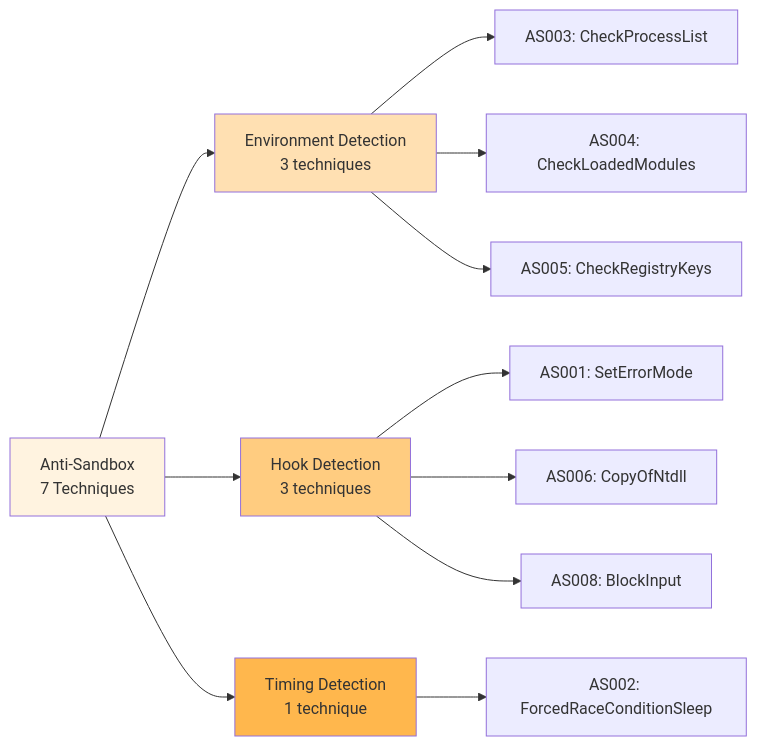
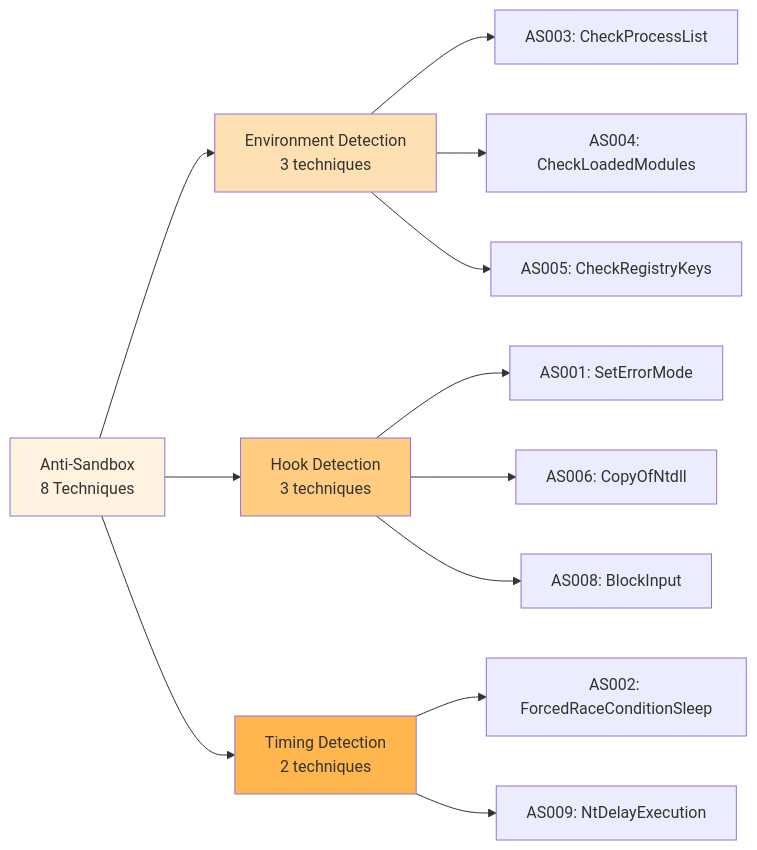
One commit to mabj/anti changed the fourth of 8 diagrams in docs/diagrams/taxonomy.md. Above: the diagram before and after it, drawn with Mermaid. The commit also changed other lines of this file and 7 other files, not shown here.

Commit message:
Adding new anti-sandbox technique (AS009_NtDelayExecution)

````diff
--- a/docs/diagrams/taxonomy.md
+++ b/docs/diagrams/taxonomy.md
@@ -127,23 +127,24 @@
 ```mermaid
 graph LR
-    AS[Anti-Sandbox<br/>7 Techniques]
+    AS[Anti-Sandbox<br/>8 Techniques]
 
     AS --> ENV[Environment Detection<br/>3 techniques]
     AS --> HOOK[Hook Detection<br/>3 techniques]
-    AS --> TIME[Timing Detection<br/>1 technique]
+    AS --> TIME[Timing Detection<br/>2 techniques]
 
     ENV --> ENV1[AS003: CheckProcessList]
     ENV --> ENV2[AS004: CheckLoadedModules]
     ENV --> ENV3[AS005: CheckRegistryKeys]
 
     HOOK --> HOOK1[AS001: SetErrorMode]
     HOOK --> HOOK2[AS006: CopyOfNtdll]
     HOOK --> HOOK3[AS008: BlockInput]
 
     TIME --> TIME1[AS002: ForcedRaceConditionSleep]
+    TIME --> TIME2[AS009: NtDelayExecution]
 
     style AS fill:#fff3e0
     style ENV fill:#ffe0b2
     style HOOK fill:#ffcc80
     style TIME fill:#ffb74d
 ```
````
